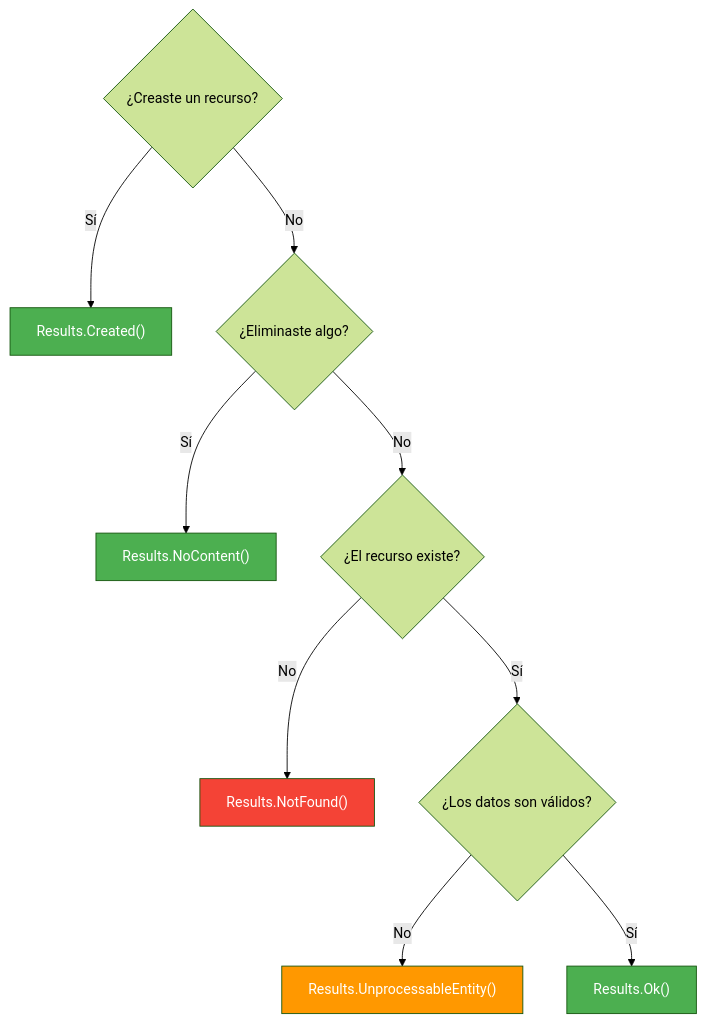
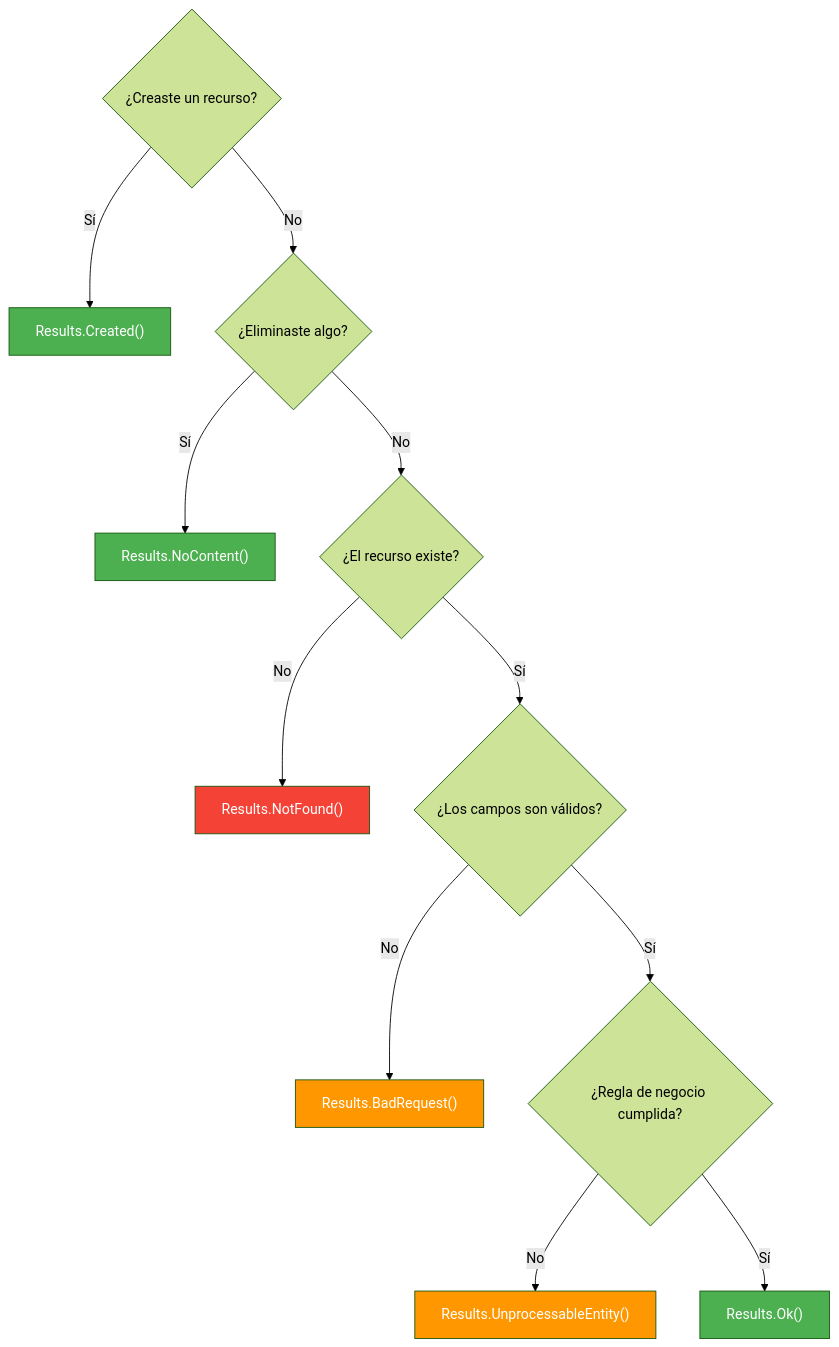
The fourth of 4 diagrams in 03-minimal-apis.md (joseluisgs/DesarrolloWebEntornosServidor-02-2026-2027), drawn with Mermaid (forest theme) before and after one commit. The commit also changed other lines of this file and 13 other files, not shown here.

````diff
--- a/03-minimal-apis.md
+++ b/03-minimal-apis.md
@@ -238,16 +238,19 @@
 ```mermaid
 flowchart TD
     A{"¿Creaste un recurso?"} -->|Sí| B["Results.Created()"]
     A -->|No| C{"¿Eliminaste algo?"}
     C -->|Sí| D["Results.NoContent()"]
     C -->|No| E{"¿El recurso existe?"}
     E -->|No| F["Results.NotFound()"]
-    E -->|Sí| G{"¿Los datos son válidos?"}
-    G -->|No| H["Results.UnprocessableEntity()"]
-    G -->|Sí| I["Results.Ok()"]
+    E -->|Sí| G{"¿Los campos son válidos?"}
+    G -->|No| H0["Results.BadRequest()"]
+    G -->|Sí| G2{"¿Regla de negocio cumplida?"}
+    G2 -->|No| H["Results.UnprocessableEntity()"]
+    G2 -->|Sí| I["Results.Ok()"]
     style B fill:#4CAF50,color:#fff
     style D fill:#4CAF50,color:#fff
     style F fill:#f44336,color:#fff
+    style H0 fill:#FF9800,color:#fff
     style H fill:#FF9800,color:#fff
     style I fill:#4CAF50,color:#fff
 ```
````
